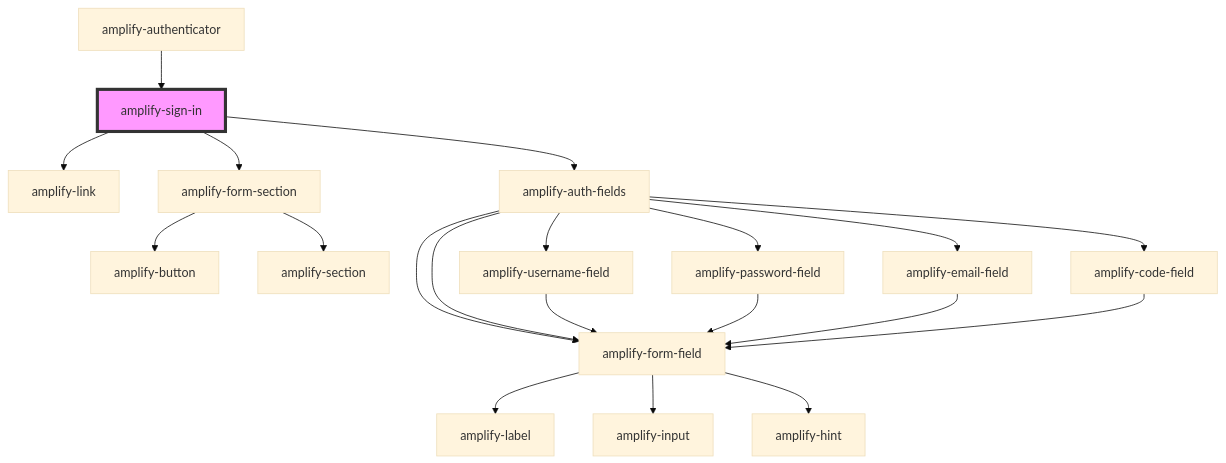
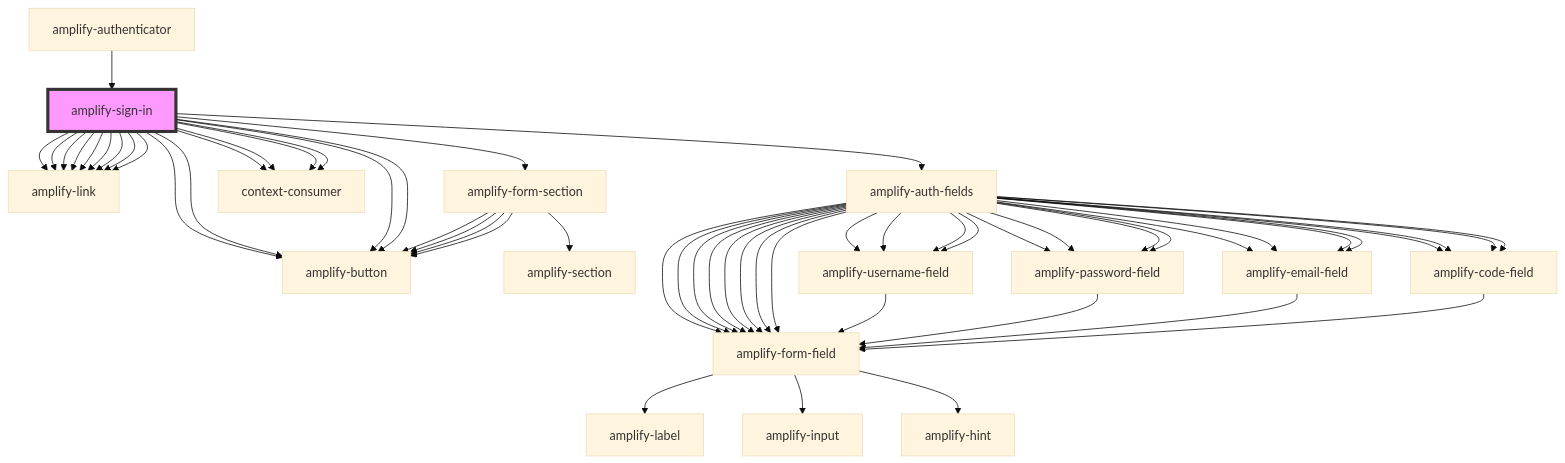
The diagram in packages/amplify-ui-components/src/components/amplify-sign-in/readme.md (aws-amplify/amplify-js), drawn with Mermaid (base theme) before and after one commit. The commit also changed other lines of this file and 10 other files, not shown here.

Commit message:
feat: amplify-sign-in component, authState refactor

````diff
--- a/packages/amplify-ui-components/src/components/amplify-sign-in/readme.md
+++ b/packages/amplify-ui-components/src/components/amplify-sign-in/readme.md
@@ -34,23 +50,60 @@
 ```mermaid
 graph TD;
   amplify-sign-in --> amplify-link
   amplify-sign-in --> amplify-form-section
   amplify-sign-in --> amplify-auth-fields
+  amplify-sign-in --> amplify-link
+  amplify-sign-in --> context-consumer
+  amplify-sign-in --> amplify-link
+  amplify-sign-in --> amplify-button
+  amplify-sign-in --> amplify-link
+  amplify-sign-in --> context-consumer
+  amplify-sign-in --> amplify-link
+  amplify-sign-in --> amplify-button
+  amplify-sign-in --> amplify-link
+  amplify-sign-in --> context-consumer
+  amplify-sign-in --> amplify-link
+  amplify-sign-in --> amplify-button
+  amplify-sign-in --> amplify-link
+  amplify-sign-in --> context-consumer
+  amplify-sign-in --> amplify-link
+  amplify-sign-in --> amplify-button
+  amplify-form-section --> amplify-section
   amplify-form-section --> amplify-button
-  amplify-form-section --> amplify-section
+  amplify-form-section --> amplify-button
+  amplify-form-section --> amplify-button
+  amplify-form-section --> amplify-button
+  amplify-auth-fields --> amplify-username-field
+  amplify-auth-fields --> amplify-password-field
+  amplify-auth-fields --> amplify-email-field
+  amplify-auth-fields --> amplify-code-field
+  amplify-auth-fields --> amplify-form-field
+  amplify-auth-fields --> amplify-form-field
+  amplify-auth-fields --> amplify-username-field
+  amplify-auth-fields --> amplify-password-field
+  amplify-auth-fields --> amplify-email-field
+  amplify-auth-fields --> amplify-code-field
+  amplify-auth-fields --> amplify-form-field
+  amplify-auth-fields --> amplify-form-field
+  amplify-auth-fields --> amplify-username-field
+  amplify-auth-fields --> amplify-password-field
+  amplify-auth-fields --> amplify-email-field
+  amplify-auth-fields --> amplify-code-field
+  amplify-auth-fields --> amplify-form-field
+  amplify-auth-fields --> amplify-form-field
   amplify-auth-fields --> amplify-username-field
   amplify-auth-fields --> amplify-password-field
   amplify-auth-fields --> amplify-email-field
   amplify-auth-fields --> amplify-code-field
   amplify-auth-fields --> amplify-form-field
   amplify-auth-fields --> amplify-form-field
   amplify-username-field --> amplify-form-field
   amplify-form-field --> amplify-label
   amplify-form-field --> amplify-input
   amplify-form-field --> amplify-hint
   amplify-password-field --> amplify-form-field
   amplify-email-field --> amplify-form-field
   amplify-code-field --> amplify-form-field
   amplify-authenticator --> amplify-sign-in
   style amplify-sign-in fill:#f9f,stroke:#333,stroke-width:4px
 ```
````
